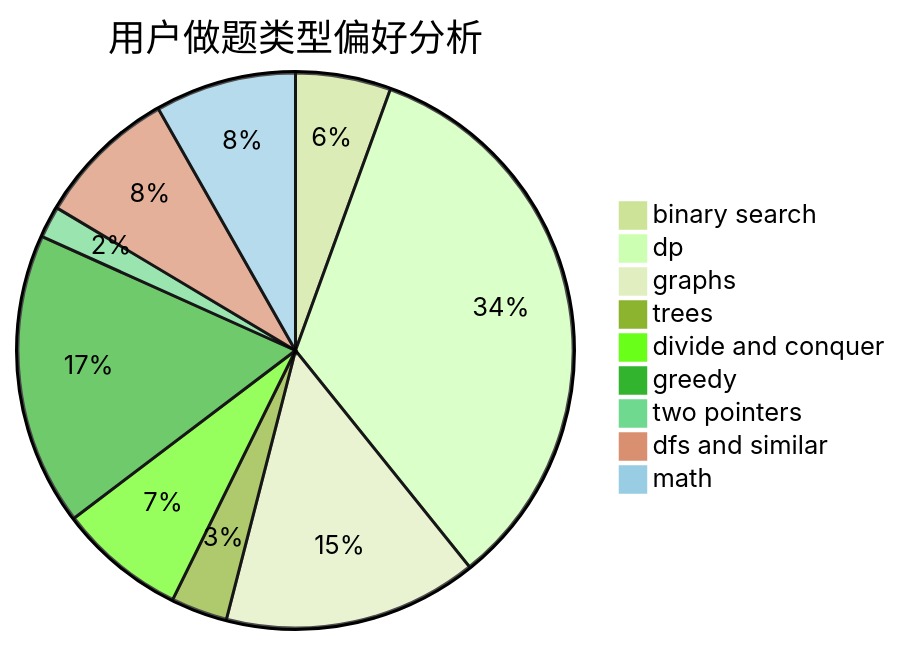
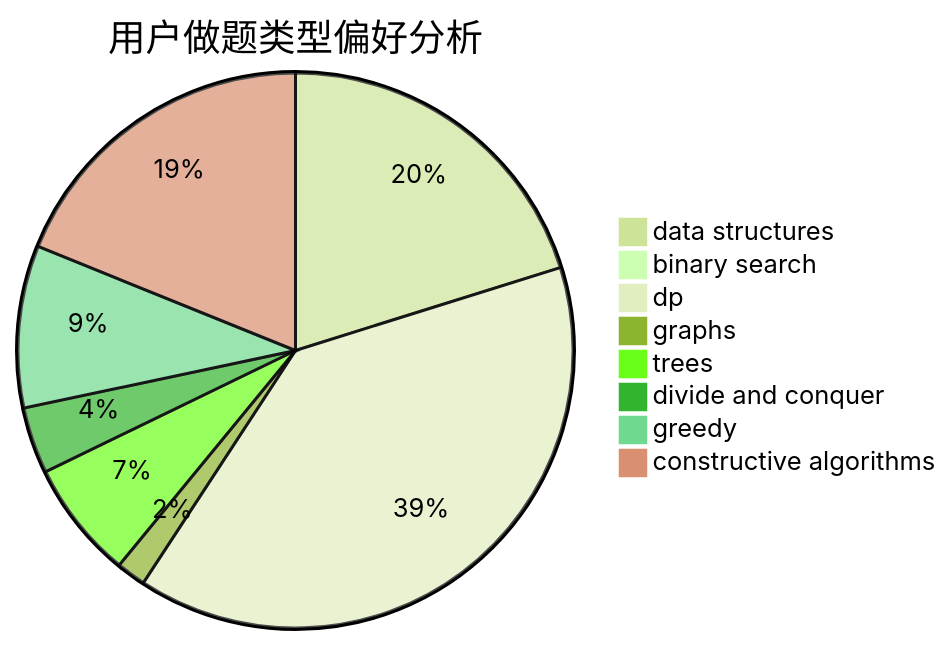
Before and after one commit to sherpahu/cfrs.github.io: the second of 3 diagrams in docs/user/u557.md, drawn with Mermaid (forest theme). The commit also changed other lines of this file and 2775 other files, not shown here.

````diff
--- a/docs/user/u557.md
+++ b/docs/user/u557.md
@@ -23,12 +23,11 @@
 ```mermaid
 pie title 用户做题类型偏好分析
-    "binary search" :  27
-    "dp" :  164
-    "graphs" :  72
+    "data structures" :  47
+    "binary search" :  2
+    "dp" :  91
+    "graphs" :  4
     "trees" :  16
-    "divide and conquer" :  36
-    "greedy" :  83
-    "two pointers" :  9
-    "dfs and similar" :  40
-    "math" :  40
+    "divide and conquer" :  9
+    "greedy" :  22
+    "constructive algorithms" :  44
 ```
````
